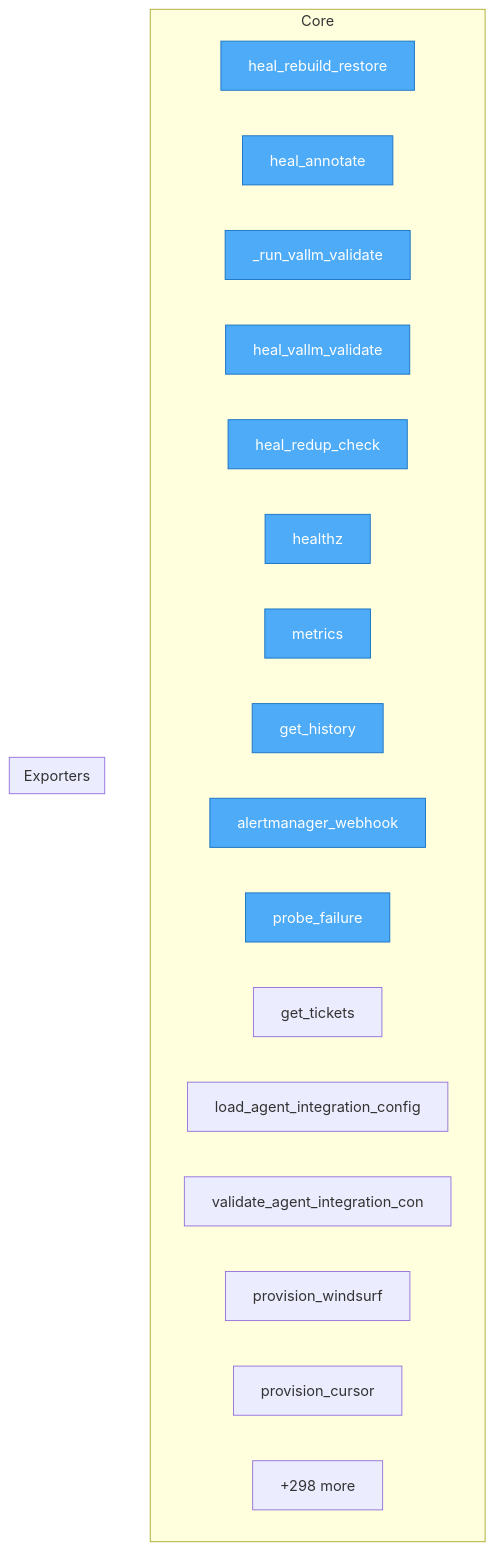
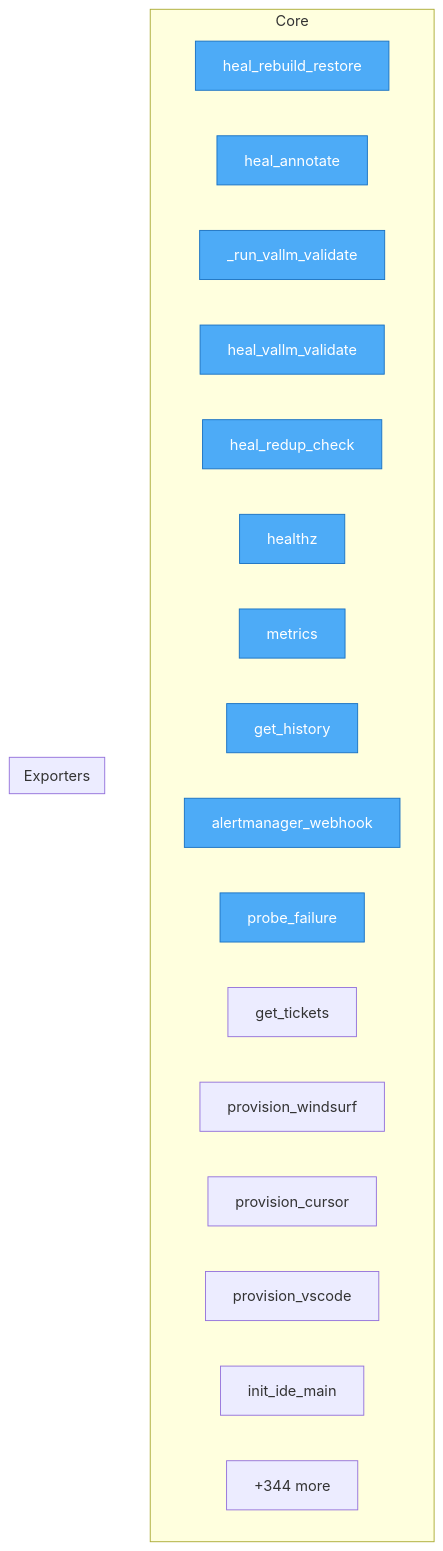
One commit to semcod/koru changed the diagram in project/flow.mmd. Above: the diagram before and after it, drawn with Mermaid. The commit also changed 46 other files, not shown here.

```diff
--- a/project/flow.mmd
+++ b/project/flow.mmd
@@ -1,29 +1,29 @@
 flowchart TD
 %% generated in 0.02s
 
     %% Entry points (blue)
     classDef entry fill:#4dabf7,stroke:#1971c2,color:#fff
 
     subgraph Core
         services__healing_webhook__app__heal_rebuild_restore["heal_rebuild_restore"]
         services__healing_webhook__app__heal_annotate["heal_annotate"]
         services__healing_webhook__app___run_vallm_validate["_run_vallm_validate"]
         services__healing_webhook__app__heal_vallm_validate["heal_vallm_validate"]
         services__healing_webhook__app__heal_redup_check["heal_redup_check"]
         services__healing_webhook__app__healthz["healthz"]
         services__healing_webhook__app__metrics["metrics"]
         services__healing_webhook__app__get_history["get_history"]
         services__healing_webhook__app__alertmanager_webhook["alertmanager_webhook"]
         services__healing_webhook__app__probe_failure["probe_failure"]
         services__healing_webhook__app__get_tickets["get_tickets"]
-        src__koru__agent_backends__load_agent_integration_config["load_agent_integration_config"]
-        src__koru__agent_backends__validate_agent_integration_config["validate_agent_integration_con"]
         src__koru__mcp_provision__provision_windsurf["provision_windsurf"]
         src__koru__mcp_provision__provision_cursor["provision_cursor"]
-        ...["+298 more"]
+        src__koru__mcp_provision__provision_vscode["provision_vscode"]
+        src__koru__mcp_provision__init_ide_main["init_ide_main"]
+        ...["+344 more"]
     end
 
     subgraph Exporters
     end
 
     class services__healing_webhook__app__heal_rebuild_restore,services__healing_webhook__app__heal_annotate,services__healing_webhook__app___run_vallm_validate,services__healing_webhook__app__heal_vallm_validate,services__healing_webhook__app__heal_redup_check,services__healing_webhook__app__healthz,services__healing_webhook__app__metrics,services__healing_webhook__app__get_history,services__healing_webhook__app__alertmanager_webhook,services__healing_webhook__app__probe_failure entry
```
